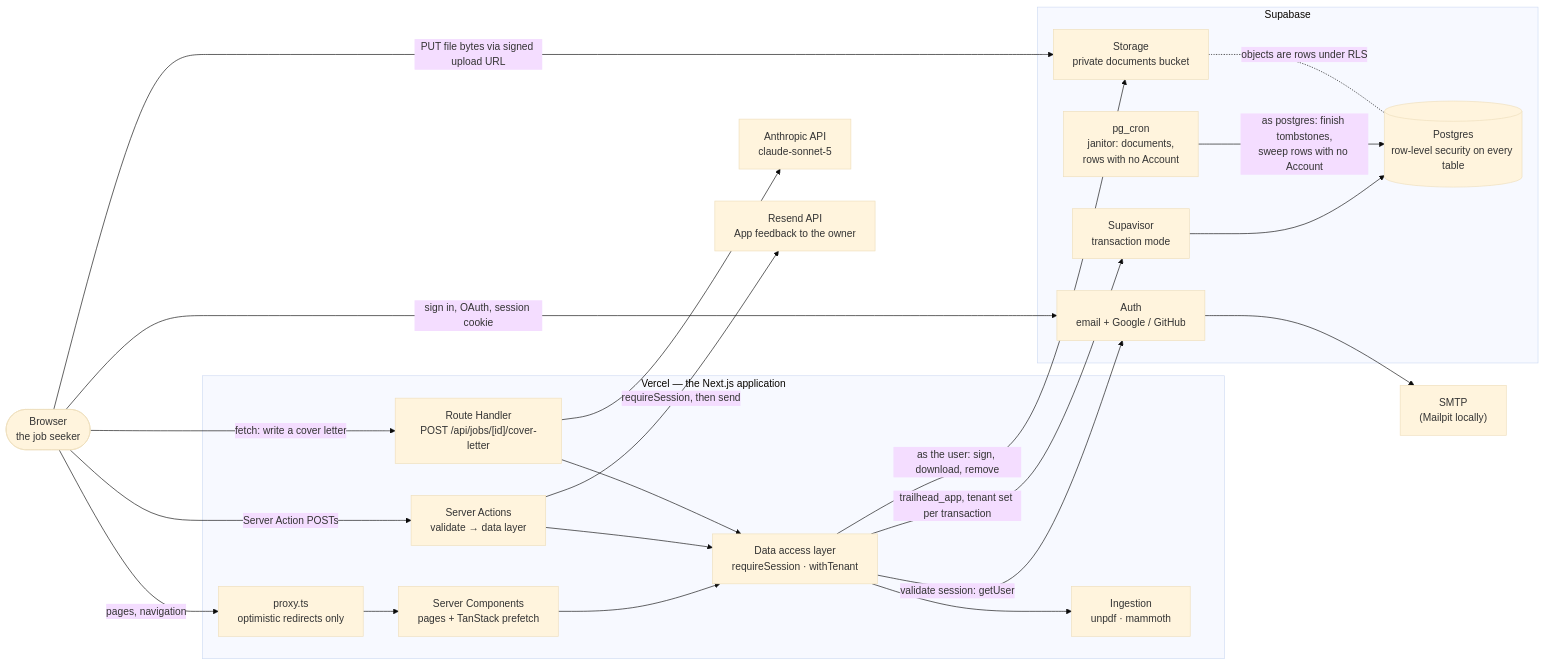
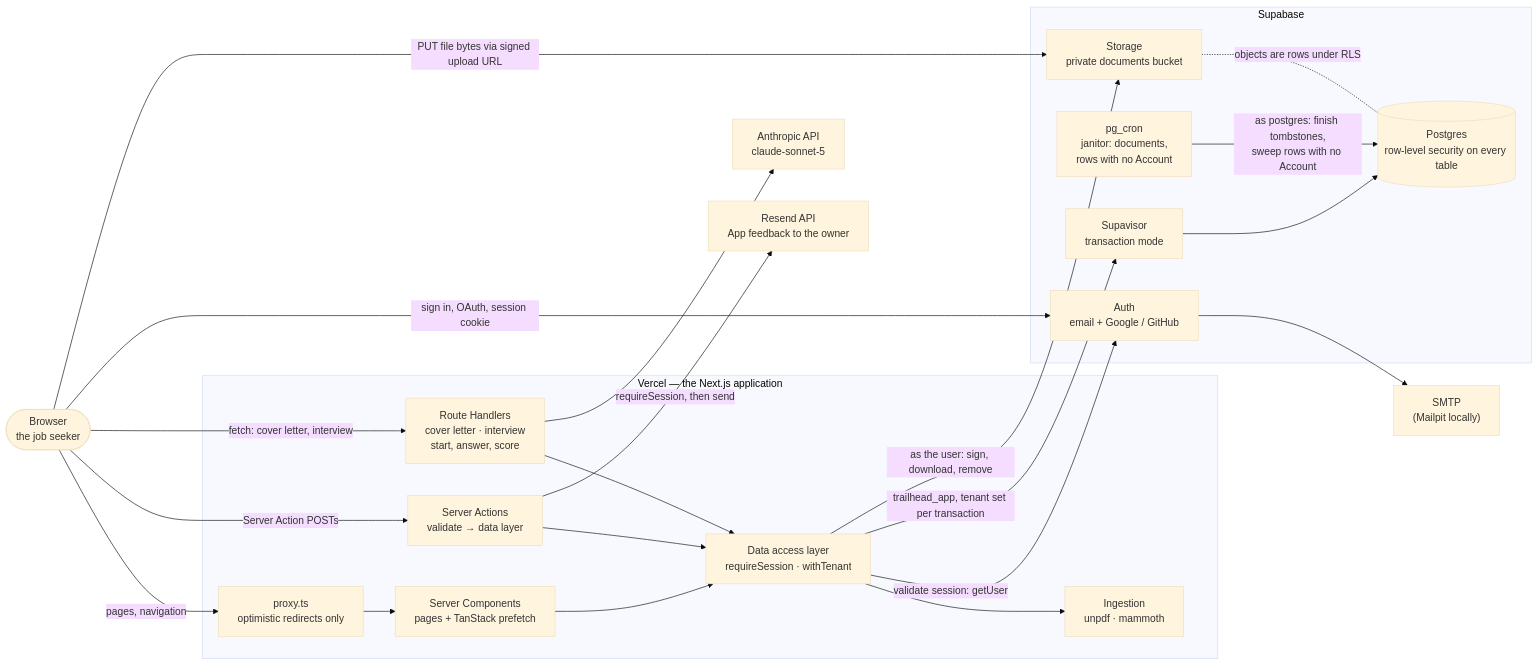
One commit to craigblunden/trailhead changed the first of 7 diagrams in docs/architecture.md. Above: the diagram before and after it, drawn with Mermaid (base theme). The commit also changed other lines of this file and 27 other files, not shown here.

````diff
--- a/docs/architecture.md
+++ b/docs/architecture.md
@@ -14,44 +15,44 @@
 ```mermaid
 flowchart LR
   browser(["Browser<br/>the job seeker"])
 
   subgraph vercel["Vercel — the Next.js application"]
     proxy["proxy.ts<br/>optimistic redirects only"]
     pages["Server Components<br/>pages + TanStack prefetch"]
     actions["Server Actions<br/>validate → data layer"]
-    route["Route Handler<br/>POST /api/jobs/[id]/cover-letter"]
+    route["Route Handlers<br/>cover letter · interview<br/>start, answer, score"]
     dal["Data access layer<br/>requireSession · withTenant"]
     ingest["Ingestion<br/>unpdf · mammoth"]
   end
 
   subgraph supabase["Supabase"]
     auth["Auth<br/>email + Google / GitHub"]
     pooler["Supavisor<br/>transaction mode"]
     pg[("Postgres<br/>row-level security on every table")]
     storage["Storage<br/>private documents bucket"]
     cron["pg_cron<br/>janitor: documents,<br/>rows with no Account"]
   end
 
   anthropic["Anthropic API<br/>claude-sonnet-5"]
   smtp["SMTP<br/>(Mailpit locally)"]
   resend["Resend API<br/>App feedback to the owner"]
 
   browser -->|"pages, navigation"| proxy --> pages
   browser -->|"Server Action POSTs"| actions
-  browser -->|"fetch: write a cover letter"| route
+  browser -->|"fetch: cover letter, interview"| route
   browser -->|"sign in, OAuth, session cookie"| auth
   browser -->|"PUT file bytes via signed upload URL"| storage
 
   pages --> dal
   actions --> dal
   route --> dal
   route --> anthropic
   actions -->|"requireSession, then send"| resend
   dal -->|"validate session: getUser"| auth
   dal -->|"trailhead_app, tenant set per transaction"| pooler --> pg
   dal -->|"as the user: sign, download, remove"| storage
   dal --> ingest
   auth --> smtp
   cron -->|"as postgres: finish tombstones,<br/>sweep rows with no Account"| pg
   storage -. "objects are rows under RLS" .- pg
 ```
````
